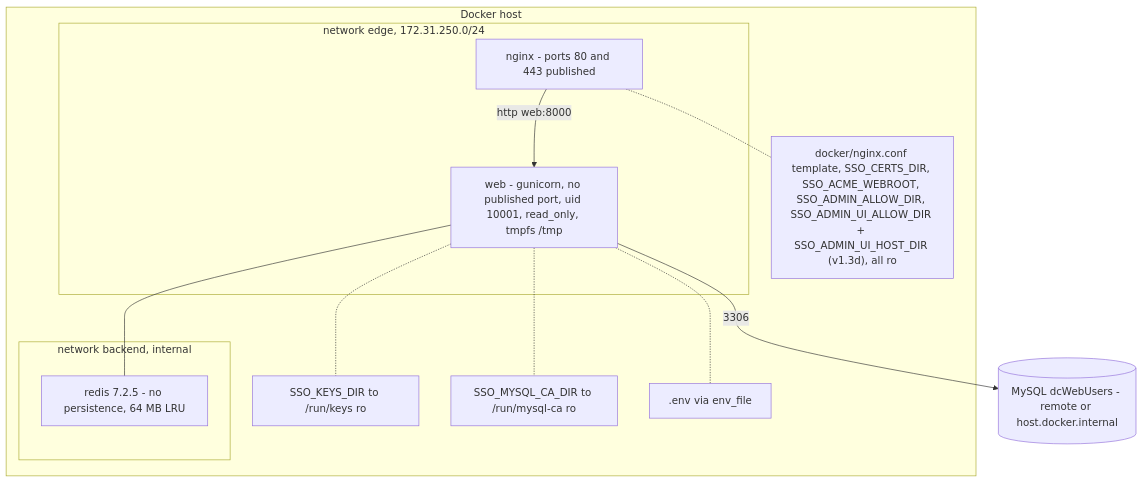
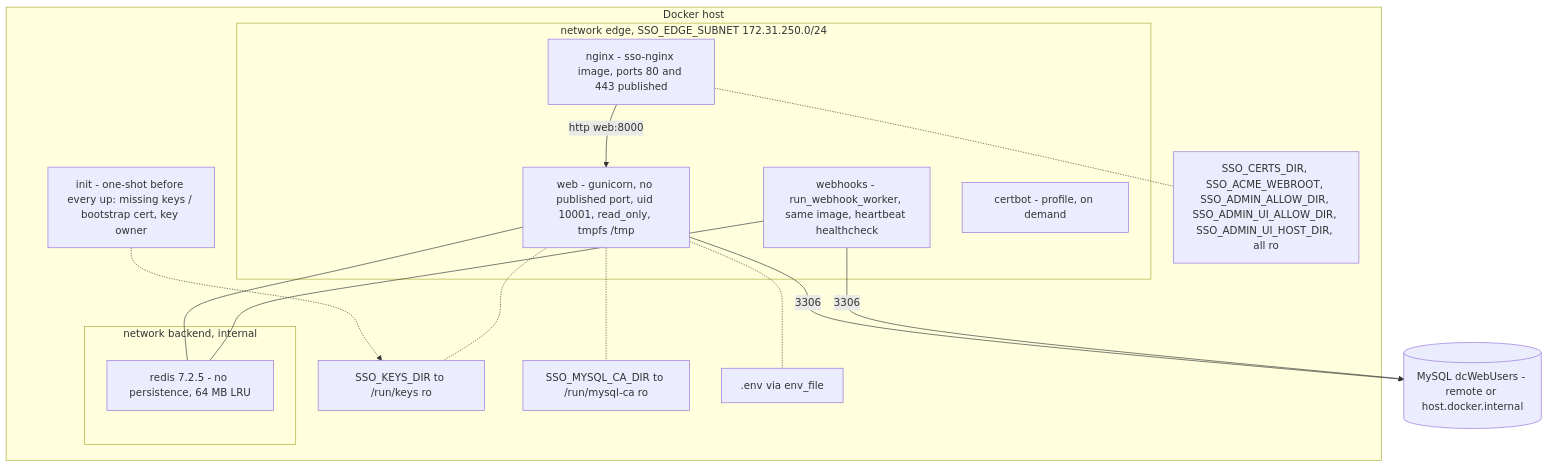
Before and after one commit to Neural-Matrix-LLC/SSO-server: diagram 35 of 35 in docs/ARCHITECTURE.md, drawn with Mermaid. The commit also changed other lines of this file and 34 other files, not shown here.

````diff
--- a/docs/ARCHITECTURE.md
+++ b/docs/ARCHITECTURE.md
@@ -1627,22 +1692,28 @@
 ```mermaid
 flowchart TB
   subgraph Host["Docker host"]
-    subgraph Edge["network edge, 172.31.250.0/24"]
-      NG["nginx - ports 80 and 443 published"]
+    INIT["init - one-shot before every up: missing keys / bootstrap cert, key owner"]
+    subgraph Edge["network edge, SSO_EDGE_SUBNET 172.31.250.0/24"]
+      NG["nginx - sso-nginx image, ports 80 and 443 published"]
       WEB["web - gunicorn, no published port, uid 10001, read_only, tmpfs /tmp"]
+      WH["webhooks - run_webhook_worker, same image, heartbeat healthcheck"]
+      CB["certbot - profile, on demand"]
     end
     subgraph Back["network backend, internal"]
       RE["redis 7.2.5 - no persistence, 64 MB LRU"]
     end
     V1["SSO_KEYS_DIR to /run/keys ro"]
     V2["SSO_MYSQL_CA_DIR to /run/mysql-ca ro"]
-    V3["docker/nginx.conf template, SSO_CERTS_DIR, SSO_ACME_WEBROOT, SSO_ADMIN_ALLOW_DIR, SSO_ADMIN_UI_ALLOW_DIR + SSO_ADMIN_UI_HOST_DIR (v1.3d), all ro"]
+    V3["SSO_CERTS_DIR, SSO_ACME_WEBROOT, SSO_ADMIN_ALLOW_DIR, SSO_ADMIN_UI_ALLOW_DIR, SSO_ADMIN_UI_HOST_DIR, all ro"]
     ENV[".env via env_file"]
   end
   DB[("MySQL dcWebUsers - remote or host.docker.internal")]
+  INIT -.-> V1
   NG -- "http web:8000" --> WEB
   WEB --- RE
+  WH --- RE
   WEB -.- V1 & V2 & ENV
   NG -.- V3
   WEB -- "3306" --> DB
+  WH -- "3306" --> DB
 ```
````
